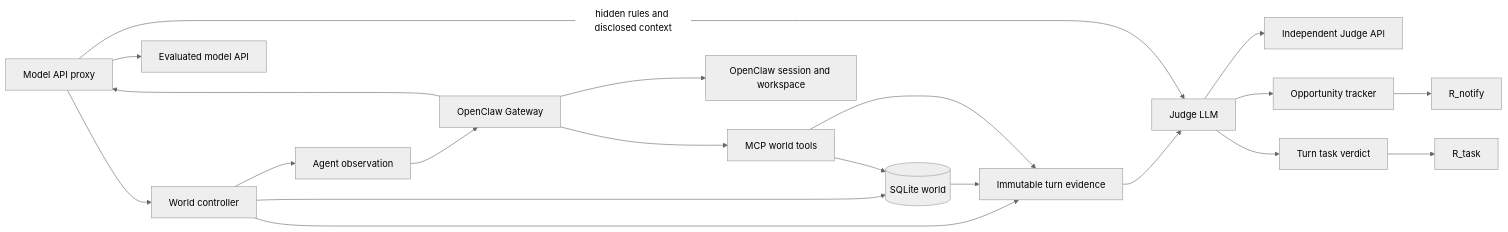
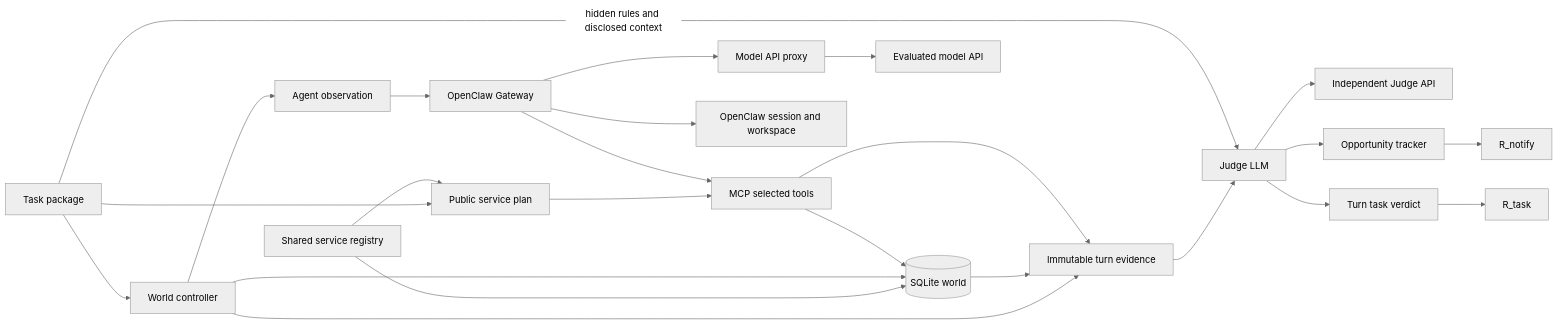
The diagram in README.md (Aidank-cy/proactive-agent-benchmark), drawn with Mermaid (neutral theme) before and after one commit. The commit also changed other lines of this file and 33 other files, not shown here.

Commit message:
Refactor world backend into reusable task-selected services

````diff
--- a/README.md
+++ b/README.md
@@ -7,22 +7,26 @@
 ```mermaid
 flowchart LR
-  P[Task package] --> C[World controller]
+  PK[Task package] --> C[World controller]
+  PK --> PL[Public service plan]
+  SR[Shared service registry] --> PL
+  SR --> W
+  PL --> G[MCP selected tools]
   C --> W[(SQLite world)]
   C --> O[Agent observation]
   O --> A[OpenClaw Gateway]
-  A --> P[Model API proxy]
-  P --> L[Evaluated model API]
-  A --> G[MCP world tools]
+  A --> MP[Model API proxy]
+  MP --> L[Evaluated model API]
+  A --> G
   G --> W
   A --> M[OpenClaw session and workspace]
   C --> E[Immutable turn evidence]
   W --> E
   G --> E
   E --> J[Judge LLM]
   J --> K[Independent Judge API]
-  P -->|hidden rules and disclosed context| J
+  PK -->|hidden rules and disclosed context| J
   J --> T[Opportunity tracker]
   J --> S[Turn task verdict]
   T --> R[R_notify]
   S --> Q[R_task]
 ```
````
